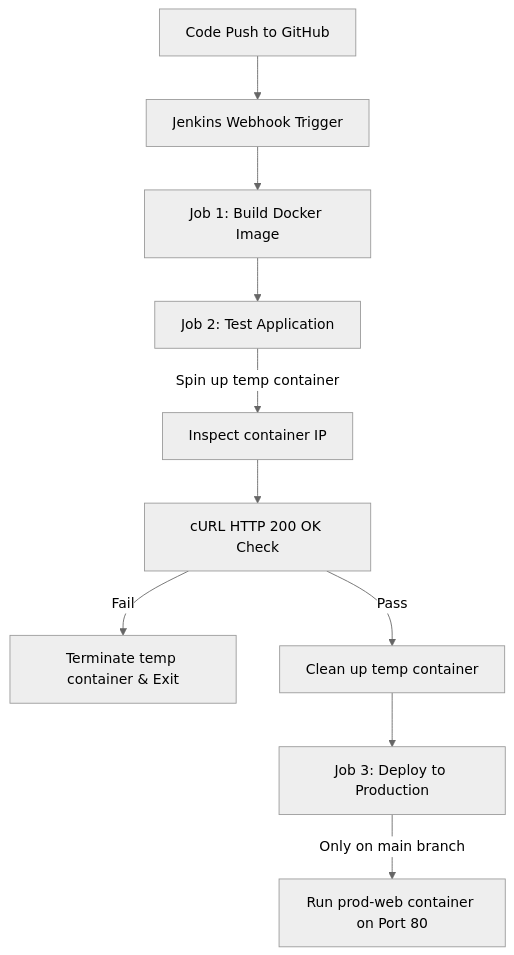
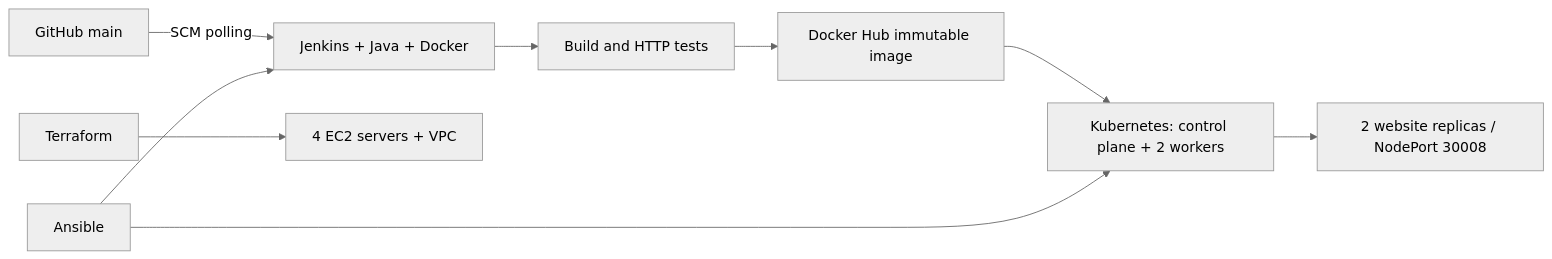
Before and after one commit to mohdvaqui002/capstone-project: the diagram in README.md, drawn with Mermaid (neutral theme). The commit also changed other lines of this file and 23 other files, not shown here.

Commit message:
Complete Terraform Ansible Kubernetes and Jenkins delivery pipeline

````diff
--- a/README.md
+++ b/README.md
@@ -11,12 +7,11 @@
 ```mermaid
-graph TD
-    A[Code Push to GitHub] --> B[Jenkins Webhook Trigger]
-    B --> C[Job 1: Build Docker Image]
-    C --> D[Job 2: Test Application]
-    D -->|Spin up temp container| E[Inspect container IP]
-    E --> F[cURL HTTP 200 OK Check]
-    F -->|Fail| G[Terminate temp container & Exit]
-    F -->|Pass| H[Clean up temp container]
-    H --> I[Job 3: Deploy to Production]
-    I -->|Only on main branch| J[Run prod-web container on Port 80]
+flowchart LR
+  Git[GitHub main] -->|SCM polling| Jenkins[Jenkins + Java + Docker]
+  Jenkins --> Test[Build and HTTP tests]
+  Test --> Hub[Docker Hub immutable image]
+  Hub --> K8s[Kubernetes: control plane + 2 workers]
+  K8s --> Web[2 website replicas / NodePort 30008]
+  TF[Terraform] --> AWS[4 EC2 servers + VPC]
+  Ansible[Ansible] --> Jenkins
+  Ansible --> K8s
 ```
````
